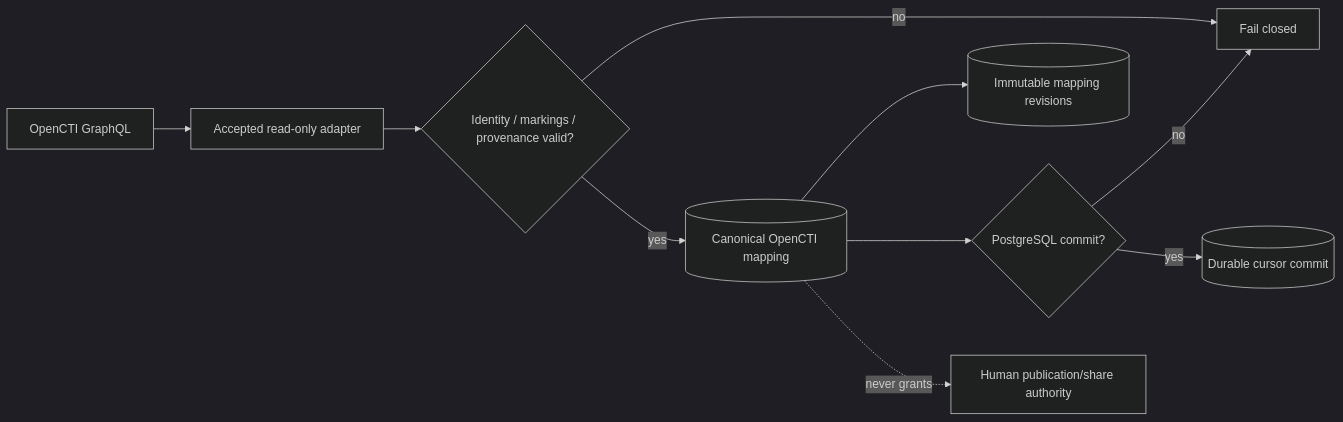
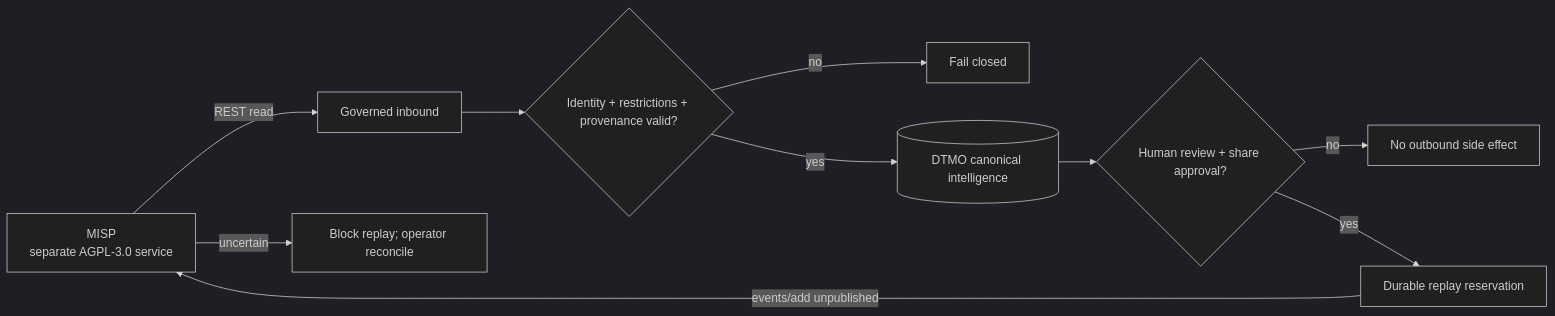
One commit to GJvManen/dtmo changed the second of 2 diagrams in docs/roadmap/PLATFORM_INDUSTRIALISATION_ROADMAP.md. Above: the diagram before and after it, drawn with Mermaid (dark theme). The commit also changed other lines of this file, not shown here.

Commit message:
Advance roadmap to Phase 11.5 MISP contract validation

````diff
--- a/docs/roadmap/PLATFORM_INDUSTRIALISATION_ROADMAP.md
+++ b/docs/roadmap/PLATFORM_INDUSTRIALISATION_ROADMAP.md
@@ -82,12 +86,12 @@
 ```mermaid
 flowchart LR
-    O[OpenCTI GraphQL] --> A[Accepted read-only adapter]
-    A --> V{Identity / markings / provenance valid?}
+    M[MISP\nseparate AGPL-3.0 service] -->|REST read| R[Governed inbound]
+    R --> V{Identity + restrictions + provenance valid?}
     V -->|no| X[Fail closed]
-    V -->|yes| M[(Canonical OpenCTI mapping)]
-    M --> R[(Immutable mapping revisions)]
-    M --> D{PostgreSQL commit?}
-    D -->|no| X
-    D -->|yes| C[(Durable cursor commit)]
-    M -. never grants .-> S[Human publication/share authority]
+    V -->|yes| D[(DTMO canonical intelligence)]
+    D --> H{Human review + share approval?}
+    H -->|no| N[No outbound side effect]
+    H -->|yes| P[Durable replay reservation]
+    P -->|events/add unpublished| M
+    M -->|uncertain| U[Block replay; operator reconcile]
 ```
````
